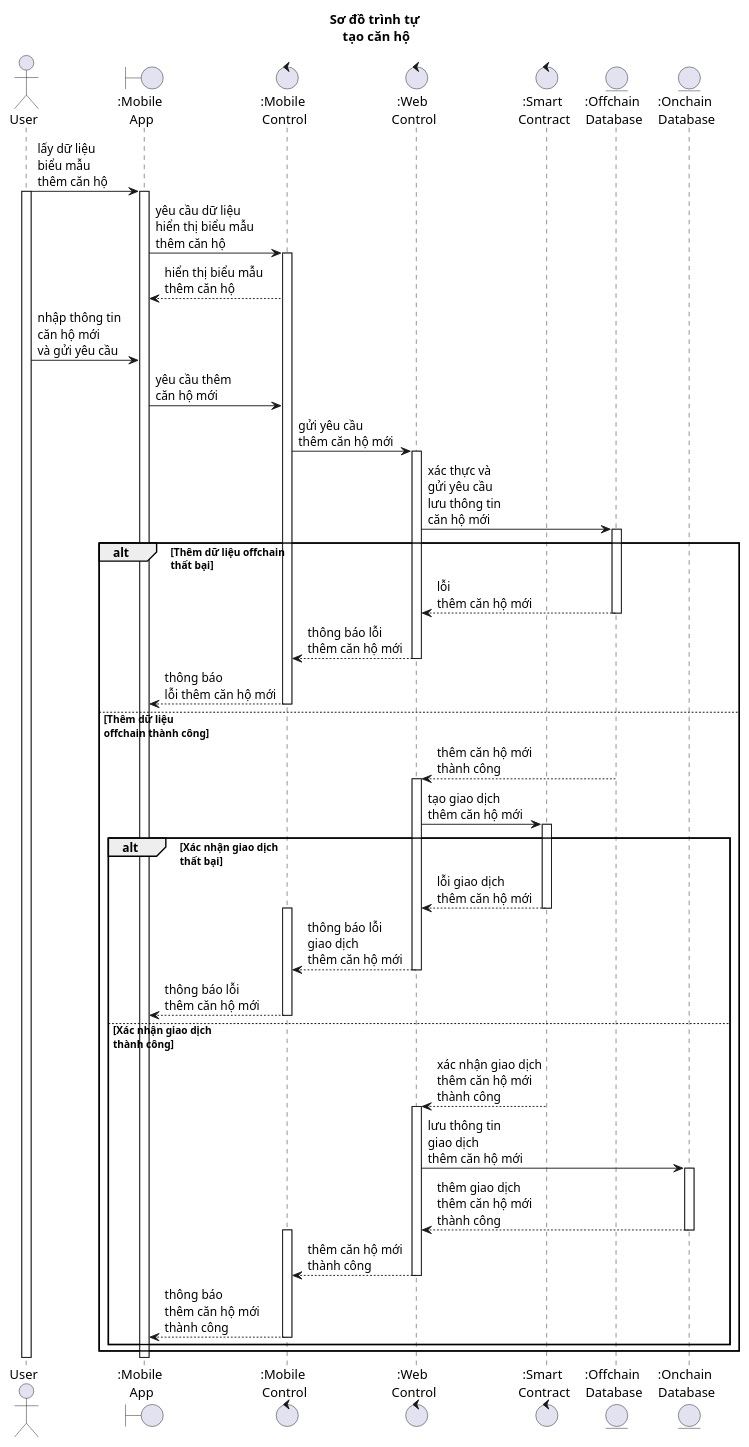
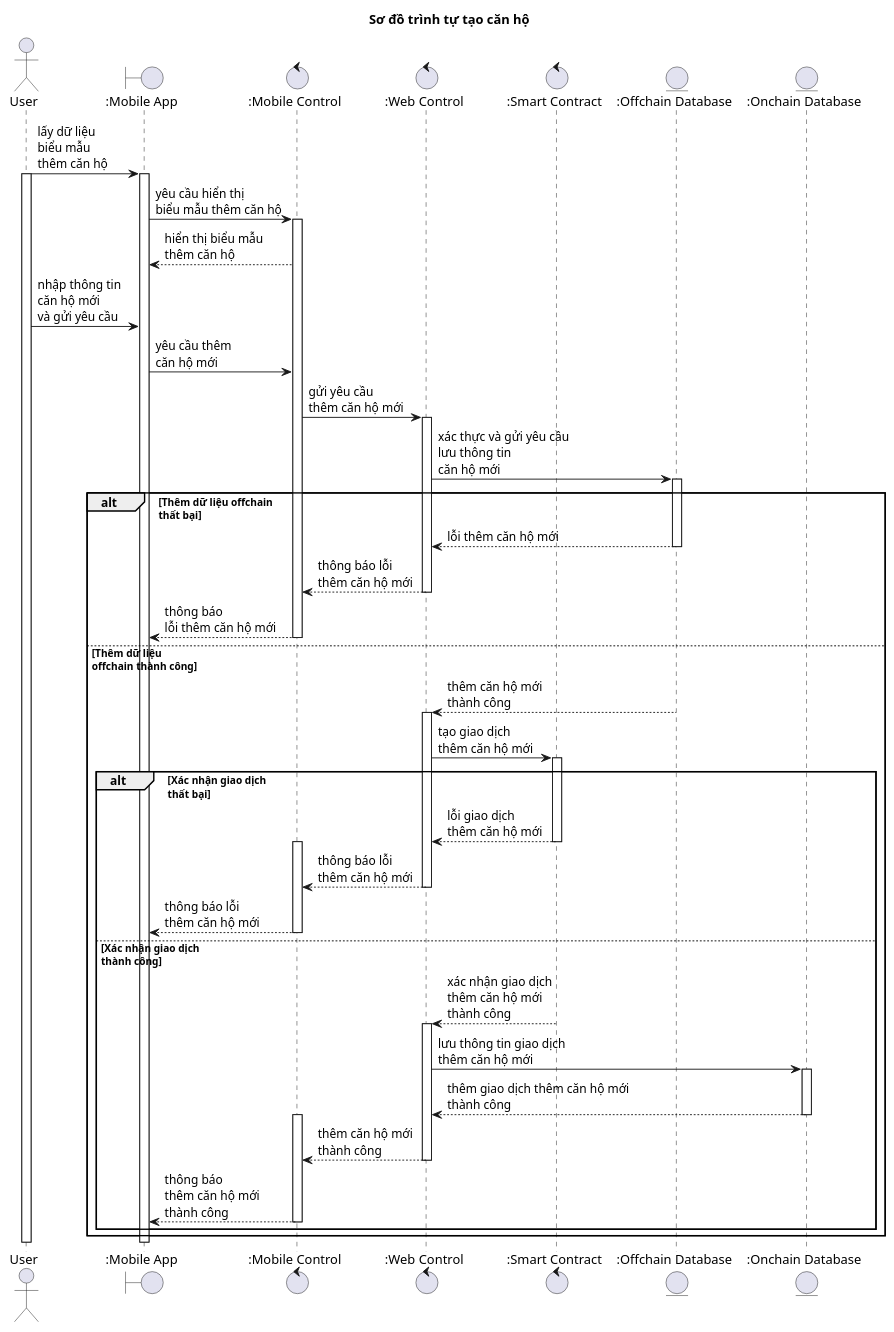
One commit to nho-moi-so/quan-ly-tim-kiem-phong-tro changed the diagram in diagrams/sequences/owner/taocanho.puml. Above: the diagram before and after it, drawn with PlantUML. The commit also changed 19 other files, not shown here.

Commit message:
feat: initialize architecture diagrams and implement owner profile and feature structures

```diff
--- a/diagrams/sequences/owner/taocanho.puml
+++ b/diagrams/sequences/owner/taocanho.puml
@@ -1,73 +1,73 @@
 @startuml taocanho-sequence-diagram
-title "Sơ đồ trình tự \ntạo căn hộ"
+title "Sơ đồ trình tự tạo căn hộ"
 actor User as User
-boundary ":Mobile \nApp" as MobileApp
-control ":Mobile \nControl" as MobileControl
-control ":Web \nControl" as WebControl
-control ":Smart \nContract" as SmartContract
-entity ":Offchain \nDatabase" as OffchainDatabase
-entity ":Onchain \nDatabase" as OnchainDatabase
+boundary ":Mobile App" as MobileApp
+control ":Mobile Control" as MobileControl
+control ":Web Control" as WebControl
+control ":Smart Contract" as SmartContract
+entity ":Offchain Database" as OffchainDatabase
+entity ":Onchain Database" as OnchainDatabase
 
 User -> MobileApp: lấy dữ liệu \nbiểu mẫu \nthêm căn hộ
 activate User
 activate MobileApp
-MobileApp -> MobileControl: yêu cầu dữ liệu \nhiển thị biểu mẫu \nthêm căn hộ
+MobileApp -> MobileControl: yêu cầu hiển thị \nbiểu mẫu thêm căn hộ
 activate MobileControl
 MobileControl -->MobileApp: hiển thị biểu mẫu \nthêm căn hộ
 
 User -> MobileApp: nhập thông tin \ncăn hộ mới \nvà gửi yêu cầu
 MobileApp -> MobileControl: yêu cầu thêm \ncăn hộ mới
 MobileControl -> WebControl: gửi yêu cầu \nthêm căn hộ mới
 activate WebControl
-WebControl -> OffchainDatabase: xác thực và \ngửi yêu cầu \nlưu thông tin \ncăn hộ mới
+WebControl -> OffchainDatabase: xác thực và gửi yêu cầu \nlưu thông tin \ncăn hộ mới
 activate OffchainDatabase
 'trường hợp thành công
     ' trường hợp offchain
         'thành công
         alt Thêm dữ liệu offchain \nthất bại
-            OffchainDatabase --> WebControl: lỗi \nthêm căn hộ mới
+            OffchainDatabase --> WebControl: lỗi thêm căn hộ mới
             deactivate OffchainDatabase
             WebControl --> MobileControl: thông báo lỗi \nthêm căn hộ mới
             deactivate WebControl
             MobileControl --> MobileApp: thông báo \nlỗi thêm căn hộ mới
             deactivate MobileControl
         else Thêm dữ liệu \noffchain thành công
             OffchainDatabase --> WebControl: thêm căn hộ mới \nthành công
             deactivate OffchainDatabase
             'trường hợp onchain
             activate WebControl
             WebControl -> SmartContract: tạo giao dịch \nthêm căn hộ mới
             activate SmartContract
                 'thất bại
             alt Xác nhận giao dịch \nthất bại
                 SmartContract --> WebControl: lỗi giao dịch \nthêm căn hộ mới
                 deactivate SmartContract
                 activate MobileControl
-                WebControl --> MobileControl: thông báo lỗi \ngiao dịch \nthêm căn hộ mới
+                WebControl --> MobileControl: thông báo lỗi \nthêm căn hộ mới
                 deactivate WebControl
                 MobileControl --> MobileApp: thông báo lỗi \nthêm căn hộ mới
                 deactivate MobileControl
             else Xác nhận giao dịch \nthành công
                 'thành công
                 SmartContract --> WebControl: xác nhận giao dịch \nthêm căn hộ mới \nthành công
                 deactivate SmartContract
                 activate WebControl
-                WebControl -> OnchainDatabase: lưu thông tin \ngiao dịch \nthêm căn hộ mới
+                WebControl -> OnchainDatabase: lưu thông tin giao dịch \nthêm căn hộ mới
                 activate OnchainDatabase
-                OnchainDatabase --> WebControl: thêm giao dịch \nthêm căn hộ mới \nthành công
+                OnchainDatabase --> WebControl: thêm giao dịch thêm căn hộ mới \nthành công
                 deactivate OnchainDatabase
                 activate MobileControl
                 WebControl --> MobileControl: thêm căn hộ mới \nthành công
                 deactivate WebControl
                 MobileControl --> MobileApp: thông báo \nthêm căn hộ mới \nthành công
                 deactivate MobileControl
             end
         end
 
     deactivate WebControl
     deactivate MobileControl
     deactivate MobileApp
     deactivate User
 
 
 @enduml
```
